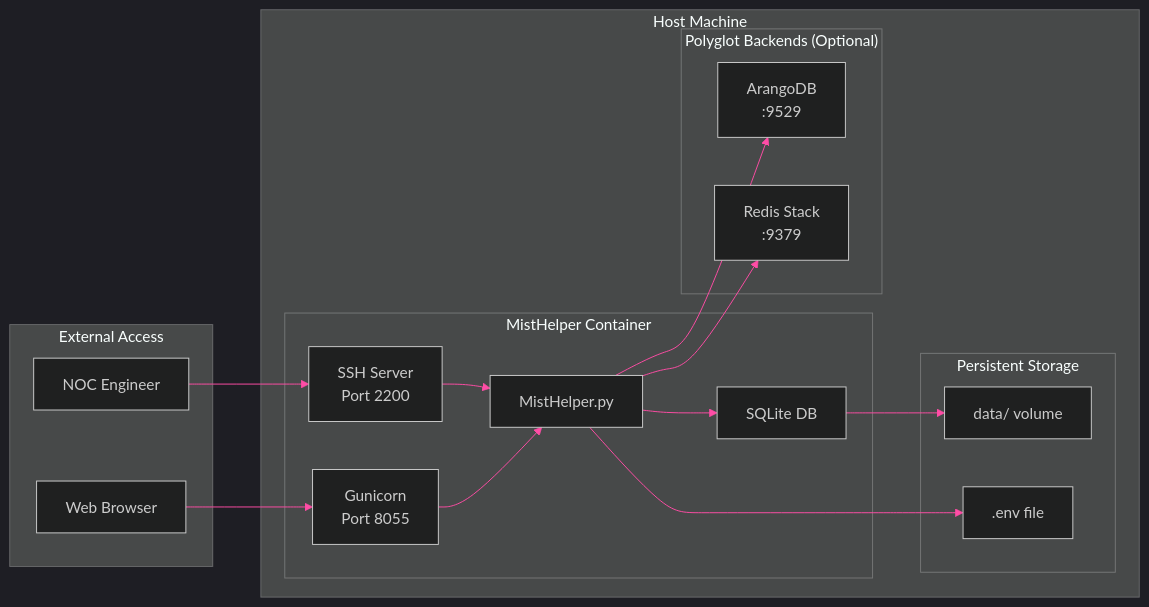
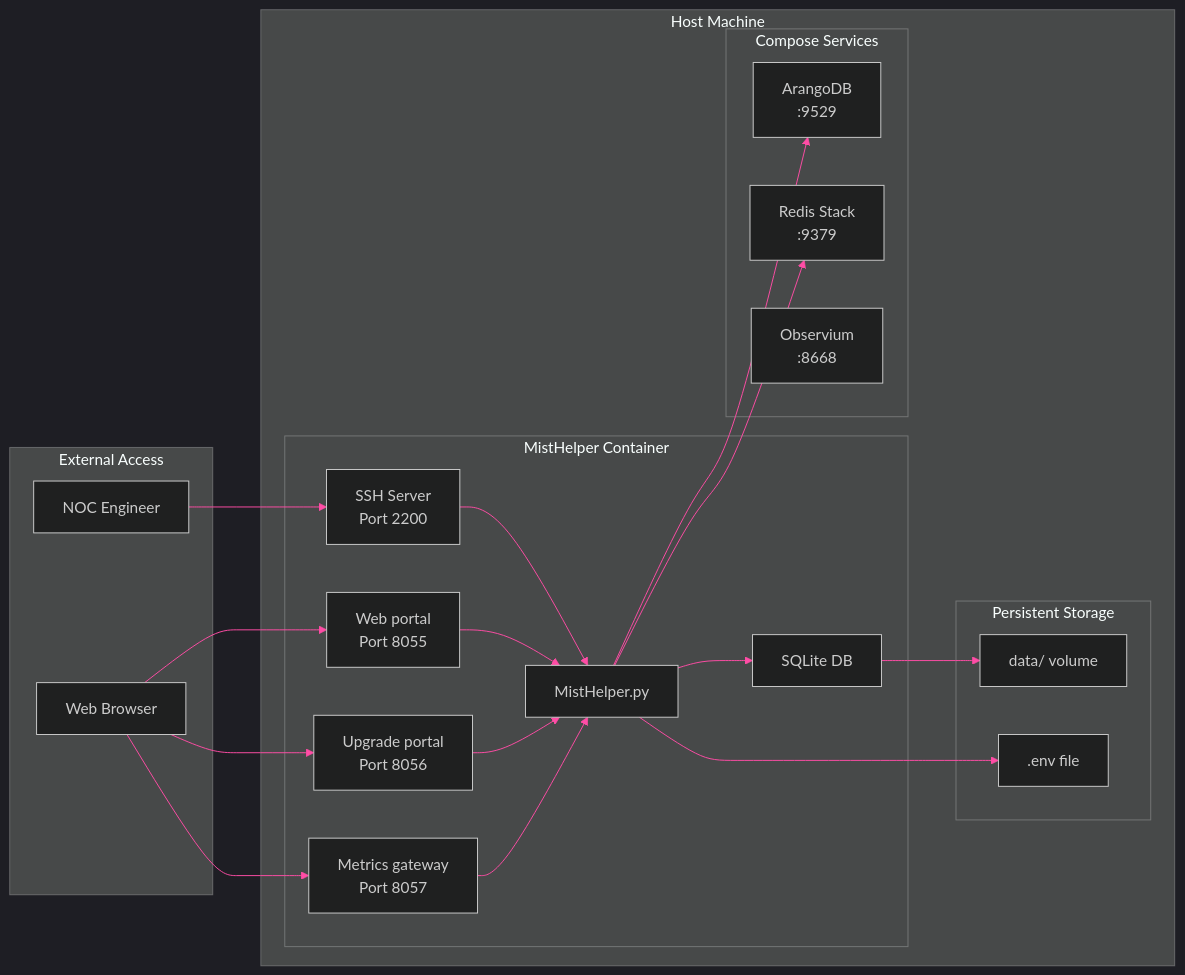
The second of 2 diagrams in documentation/diagrams/infrastructure/container-architecture.md (jmorrison-juniper/MistHelper), drawn with Mermaid before and after one commit. The commit also changed other lines of this file and 110 other files, not shown here.

````diff
--- a/documentation/diagrams/infrastructure/container-architecture.md
+++ b/documentation/diagrams/infrastructure/container-architecture.md
@@ -74,45 +87,52 @@
 ```mermaid
 %%{init: {'theme': 'dark', 'themeVariables': {
   'primaryColor': '#E20074',
   'primaryTextColor': '#E0E0E0',
   'primaryBorderColor': '#99004D',
   'lineColor': '#FF4DA6',
   'secondaryColor': '#16213E',
   'tertiaryColor': '#1A1A2E',
   'fontFamily': 'ui-monospace, monospace'
 }}}%%
 flowchart LR
     subgraph external["External Access"]
         engineer["NOC Engineer"]
         browser["Web Browser"]
     end
 
     subgraph host["Host Machine"]
         subgraph container["MistHelper Container"]
             sshd["SSH Server<br/>Port 2200"]
-            gunicorn["Gunicorn<br/>Port 8055"]
+            gunicorn["Web portal<br/>Port 8055"]
+            capture["Upgrade portal<br/>Port 8056"]
+            metrics["Metrics gateway<br/>Port 8057"]
             misthelper["MistHelper.py"]
             sqlite["SQLite DB"]
         end
 
         subgraph storage["Persistent Storage"]
             datadir["data/ volume"]
             envfile[".env file"]
         end
 
-        subgraph polyglot["Polyglot Backends (Optional)"]
+        subgraph polyglot["Compose Services"]
             arango["ArangoDB<br/>:9529"]
             redis["Redis Stack<br/>:9379"]
+            observium["Observium<br/>:8668"]
         end
     end
 
     engineer --> sshd
     browser --> gunicorn
+    browser --> capture
+    browser --> metrics
     sshd --> misthelper
     gunicorn --> misthelper
+    capture --> misthelper
+    metrics --> misthelper
     misthelper --> sqlite
     misthelper --> arango
     misthelper --> redis
     sqlite --> datadir
     misthelper --> envfile
 ```
````
